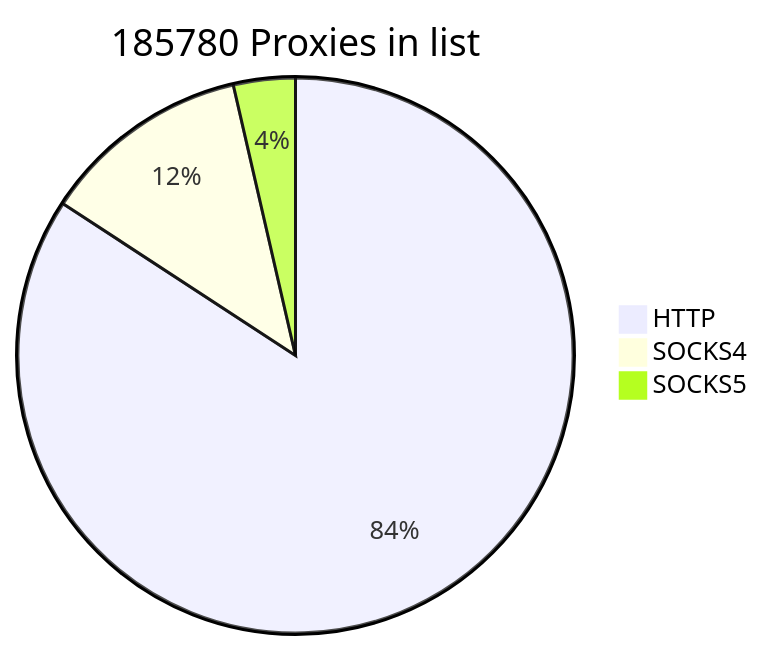
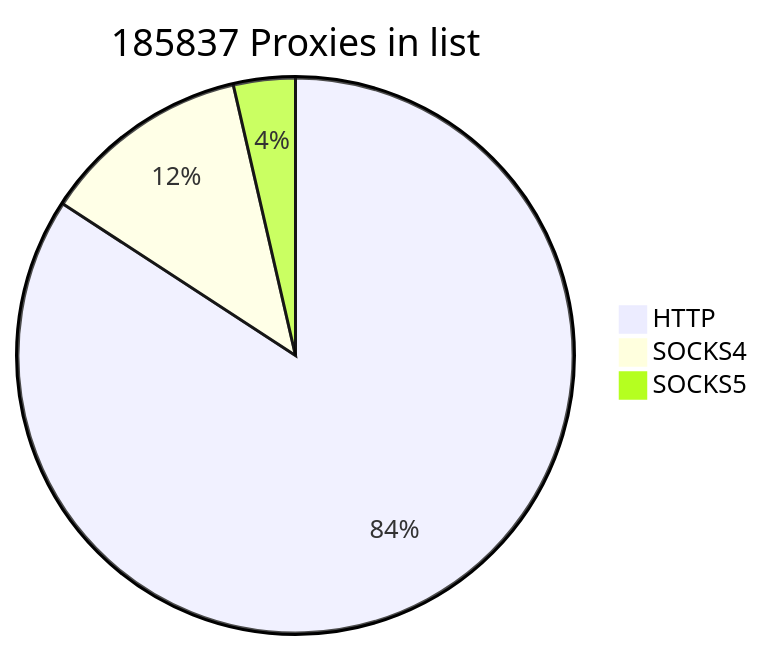
Before and after one commit to cutipu/proxylist: the first of 2 diagrams in README.md, drawn with Mermaid. The commit also changed other lines of this file, not shown here.

````diff
--- a/README.md
+++ b/README.md
@@ -2,7 +2,7 @@
 ```mermaid
-pie title 185780 Proxies in list
-    "HTTP" : 156445
-    "SOCKS4" : 22653
-    "SOCKS5" : 6682
+pie title 185837 Proxies in list
+    "HTTP" : 156471
+    "SOCKS4" : 22683
+    "SOCKS5" : 6683
             
 ```
````
